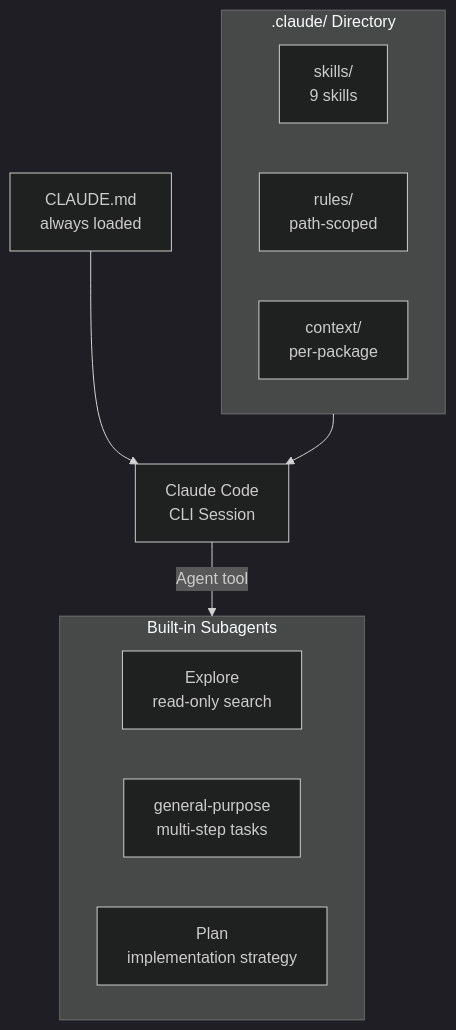
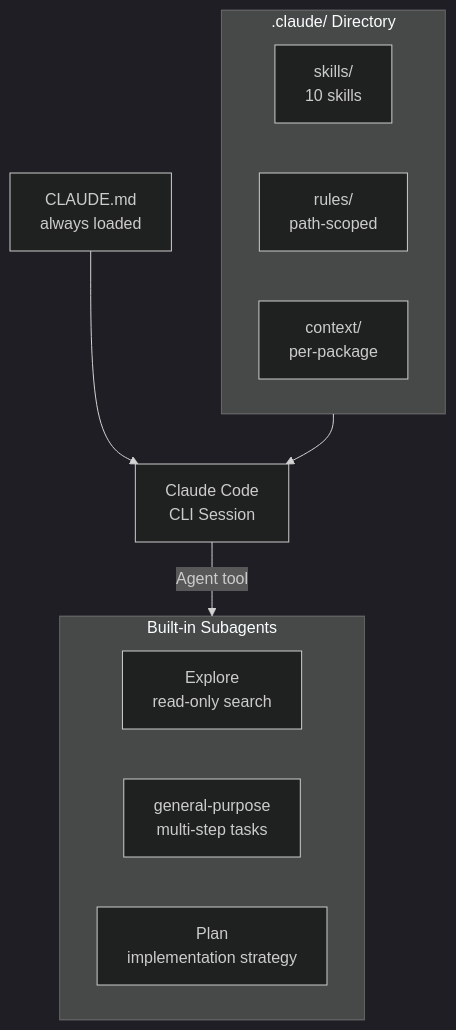
Before and after one commit to greenpill-dev-guild/green-goods: the diagram in docs/docs/builders/agentic/claude-code.mdx, drawn with Mermaid (dark theme). The commit also changed other lines of this file and 86 other files, not shown here.

````diff
--- a/docs/docs/builders/agentic/claude-code.mdx
+++ b/docs/docs/builders/agentic/claude-code.mdx
@@ -21,19 +21,19 @@
 ```mermaid
 graph TB
     subgraph Config[".claude/ Directory"]
-        Skills["skills/\n9 skills"]
+        Skills["skills/\n10 skills"]
         Rules["rules/\npath-scoped"]
         Context["context/\nper-package"]
     end
 
     CLAUDE["CLAUDE.md\nalways loaded"] --> Session["Claude Code\nCLI Session"]
     Config --> Session
 
     subgraph Subagents["Built-in Subagents"]
         Explore["Explore\nread-only search"]
         General["general-purpose\nmulti-step tasks"]
         PlanAgent["Plan\nimplementation strategy"]
     end
 
     Session -->|Agent tool| Subagents
 ```
````
